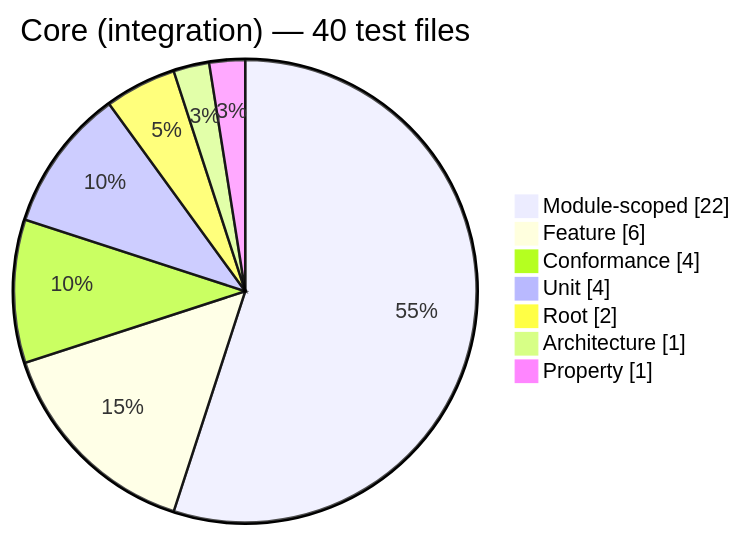
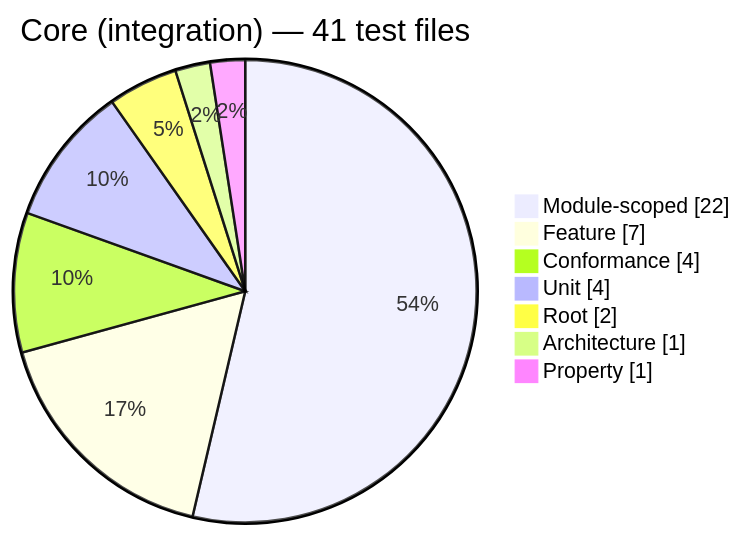
Before and after one commit to PHP-Arazzo/php-arazzo: diagram 13 of 13 in docs/generated/test-composition.md, drawn with Mermaid. The commit also changed other lines of this file and 23 other files, not shown here.

Commit message:
docs(generated): sync architecture diagrams and public API reference

````diff
--- a/docs/generated/test-composition.md
+++ b/docs/generated/test-composition.md
@@ -202,11 +202,11 @@
 ```mermaid
 pie showData
-    title Core (integration) — 40 test files
+    title Core (integration) — 41 test files
     "Module-scoped": 22
-    "Feature": 6
+    "Feature": 7
     "Conformance": 4
     "Unit": 4
     "Root": 2
     "Architecture": 1
     "Property": 1
 ```
````
